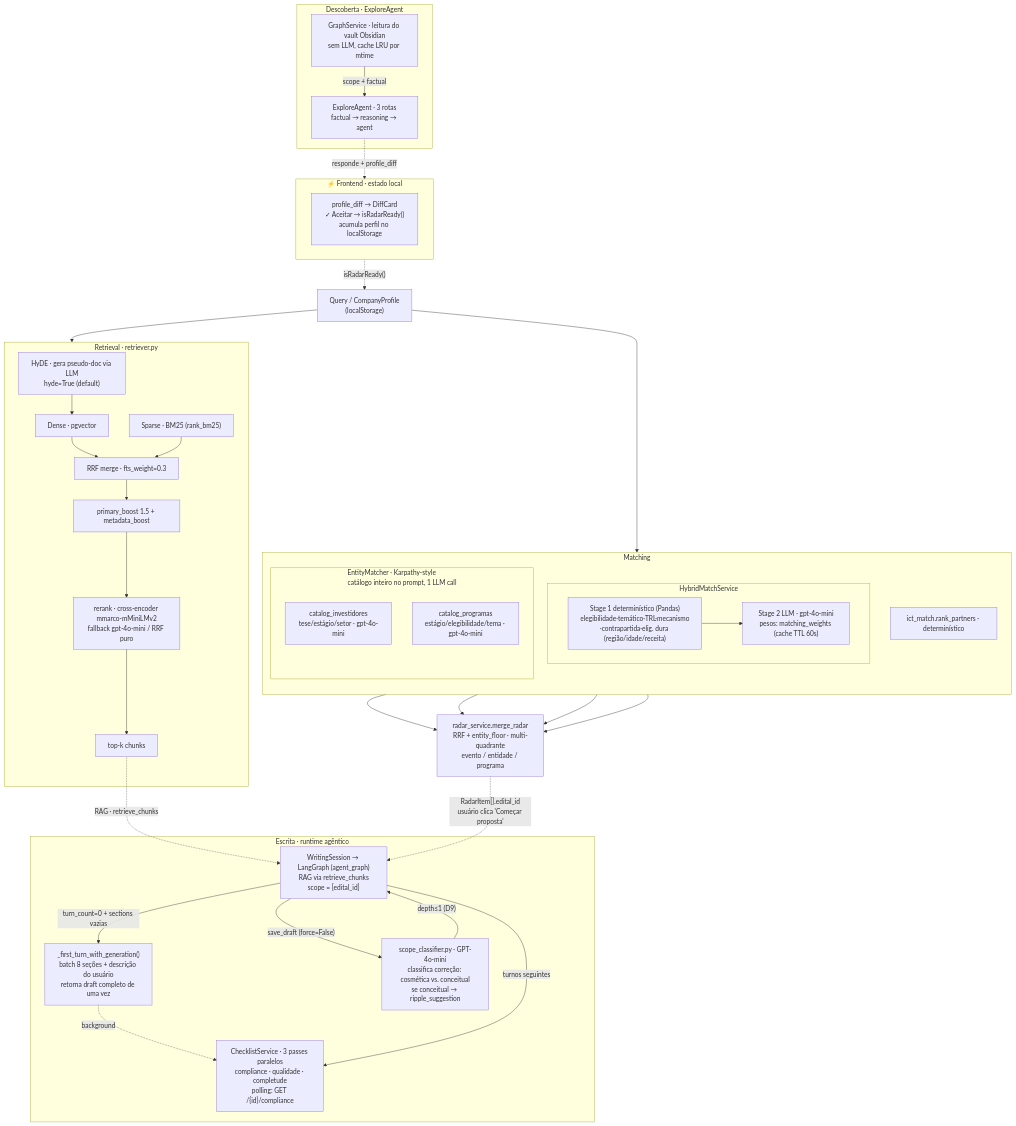
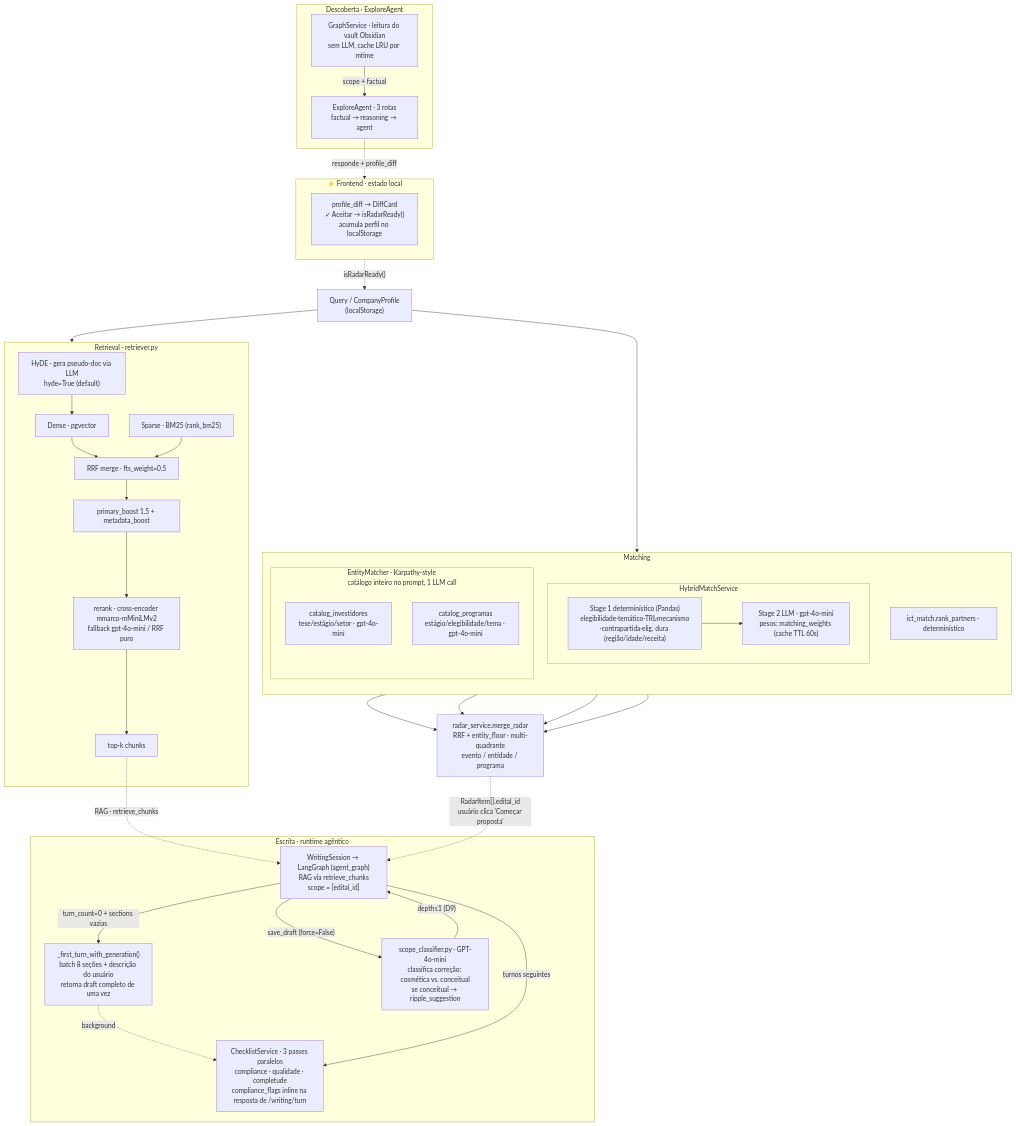
Before and after one commit to lucasborgs/radar_editais: the second of 4 diagrams in docs/architecture.md, drawn with Mermaid. The commit also changed other lines of this file and 4 other files, not shown here.

````diff
--- a/docs/architecture.md
+++ b/docs/architecture.md
@@ -54,63 +54,63 @@
 ```mermaid
 flowchart TB
   Q["Query / CompanyProfile<br/>(localStorage)"]
 
   subgraph RET["Retrieval · retriever.py"]
     HYDE["HyDE · gera pseudo-doc via LLM<br/>hyde=True (default)"]
     DENSE["Dense · pgvector"]
     SPARSE["Sparse · BM25 (rank_bm25)"]
     HYDE --> DENSE
-    DENSE --> RRF["RRF merge · fts_weight=0.3"]
+    DENSE --> RRF["RRF merge · fts_weight=0.5"]
     SPARSE --> RRF
     RRF --> BOOST["primary_boost 1.5 + metadata_boost"]
     BOOST --> RERANK["rerank · cross-encoder mmarco-mMiniLMv2<br/>fallback gpt-4o-mini / RRF puro"]
     RERANK --> TOPK["top-k chunks"]
   end
 
   subgraph MATCH["Matching"]
     direction TB
     subgraph HM["HybridMatchService"]
       S1["Stage 1 determinístico (Pandas)<br/>elegibilidade·temático·TRL·mecanismo<br/>·contrapartida·elig. dura (região/idade/receita)"]
       S1 --> S2["Stage 2 LLM · gpt-4o-mini<br/>pesos: matching_weights (cache TTL 60s)"]
     end
     subgraph EM["EntityMatcher · Karpathy-style<br/>catálogo inteiro no prompt, 1 LLM call"]
       INV["catalog_investidores<br/>tese/estágio/setor · gpt-4o-mini"]
       PROG["catalog_programas<br/>estágio/elegibilidade/tema · gpt-4o-mini"]
     end
     ICT["ict_match.rank_partners · determinístico"]
   end
 
   Q --> RET
   Q --> MATCH
   HM --> RADAR
   INV --> RADAR
   PROG --> RADAR
   ICT --> RADAR
   RADAR["radar_service.merge_radar<br/>RRF + entity_floor · multi-quadrante<br/>evento / entidade / programa"]
 
   TOPK -.->|"RAG · retrieve_chunks"| WS
 
   subgraph EXPLORE["Descoberta · ExploreAgent"]
     GS["GraphService · leitura do vault Obsidian<br/>sem LLM, cache LRU por mtime"]
     EA["ExploreAgent · 3 rotas<br/>factual → reasoning → agent"]
     GS -->|scope + factual| EA
   end
 
   subgraph FRONT["⚡ Frontend · estado local"]
     FE["profile_diff → DiffCard<br/>✓ Aceitar → isRadarReady()<br/>acumula perfil no localStorage"]
   end
 
   EA -.->|"responde + profile_diff"| FRONT
   FRONT -.->|"isRadarReady()"| Q
 
   RADAR -.->|"RadarItem[].edital_id<br/>usuário clica 'Começar proposta'"| WS
 
   subgraph WRITE["Escrita · runtime agêntico"]
     WS["WritingSession → LangGraph (agent_graph)<br/>RAG via retrieve_chunks<br/>scope = [edital_id]"]
     WS -->|"turn_count=0 + sections vazias"| FT["_first_turn_with_generation()<br/>batch 8 seções + descrição do usuário<br/>retorna draft completo de uma vez"]
-    FT -.->|"background"| CKL["ChecklistService · 3 passes paralelos<br/>compliance · qualidade · completude<br/>polling: GET /{id}/compliance"]
+    FT -.->|"background"| CKL["ChecklistService · 3 passes paralelos<br/>compliance · qualidade · completude<br/>compliance_flags inline na resposta de /writing/turn"]
     WS -->|"turnos seguintes"| CKL
     WS -->|"save_draft (force=False)"| SCOP["scope_classifier.py · GPT-4o-mini<br/>classifica correção: cosmética vs. conceitual<br/>se conceitual → ripple_suggestion"]
     SCOP -->|"depth≤1 (D9)"| WS
   end
 ```
````
